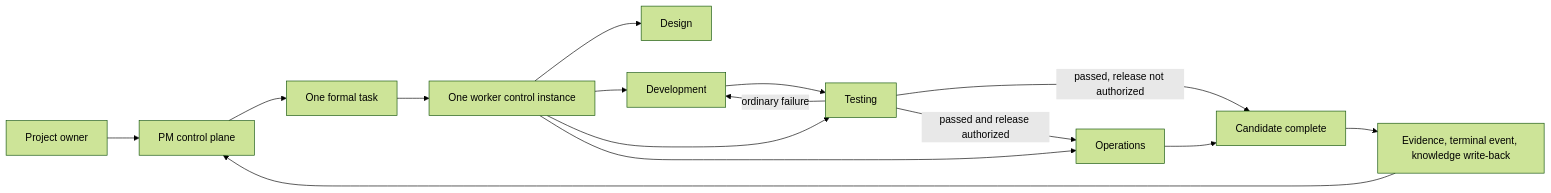
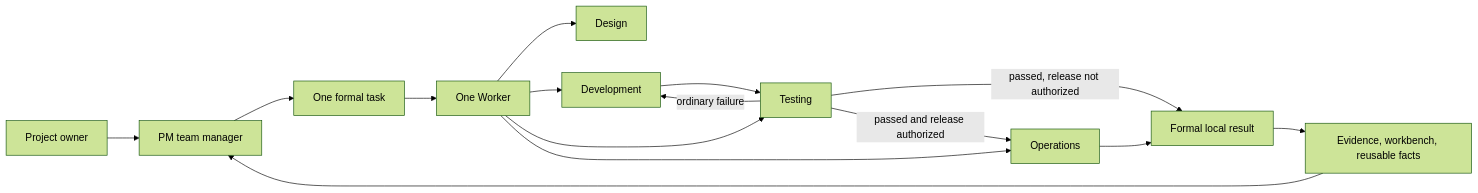
The second of 2 diagrams in README.md (adubeyond/beyond-ai-collaboration), drawn with Mermaid (forest theme) before and after one commit. The commit also changed other lines of this file and 82 other files, not shown here.

````diff
--- a/README.md
+++ b/README.md
@@ -66,17 +66,17 @@
 ```mermaid
 flowchart LR
-    U["Project owner"] --> PM["PM control plane"]
+    U["Project owner"] --> PM["PM team manager"]
     PM --> T["One formal task"]
-    T --> W["One worker control instance"]
+    T --> W["One Worker"]
     W --> D["Design"]
     W --> DEV["Development"]
     W --> TEST["Testing"]
     W --> OPS["Operations"]
     TEST -->|"ordinary failure"| DEV
     DEV --> TEST
-    TEST -->|"passed, release not authorized"| C["Candidate complete"]
+    TEST -->|"passed, release not authorized"| C["Formal local result"]
     TEST -->|"passed and release authorized"| OPS
     OPS --> C
-    C --> E["Evidence, terminal event, knowledge write-back"]
+    C --> E["Evidence, workbench, reusable facts"]
     E --> PM
 ```
````
